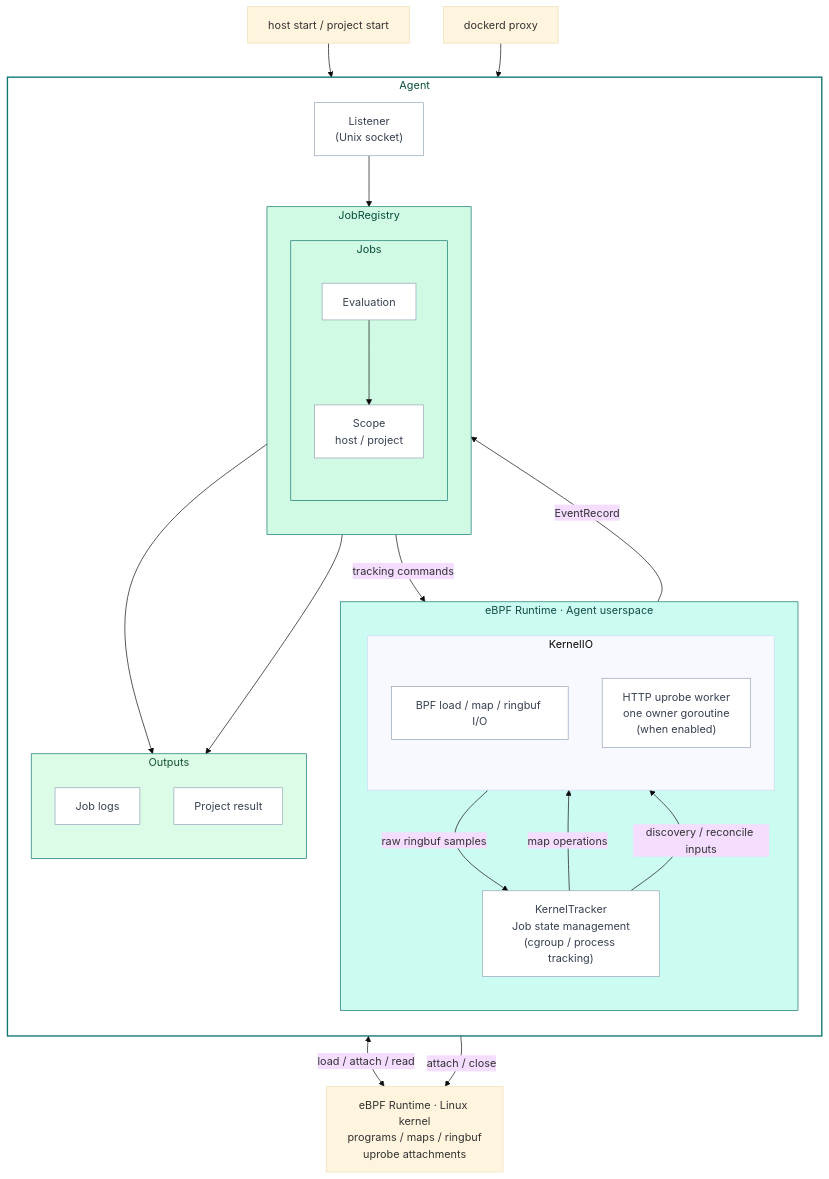
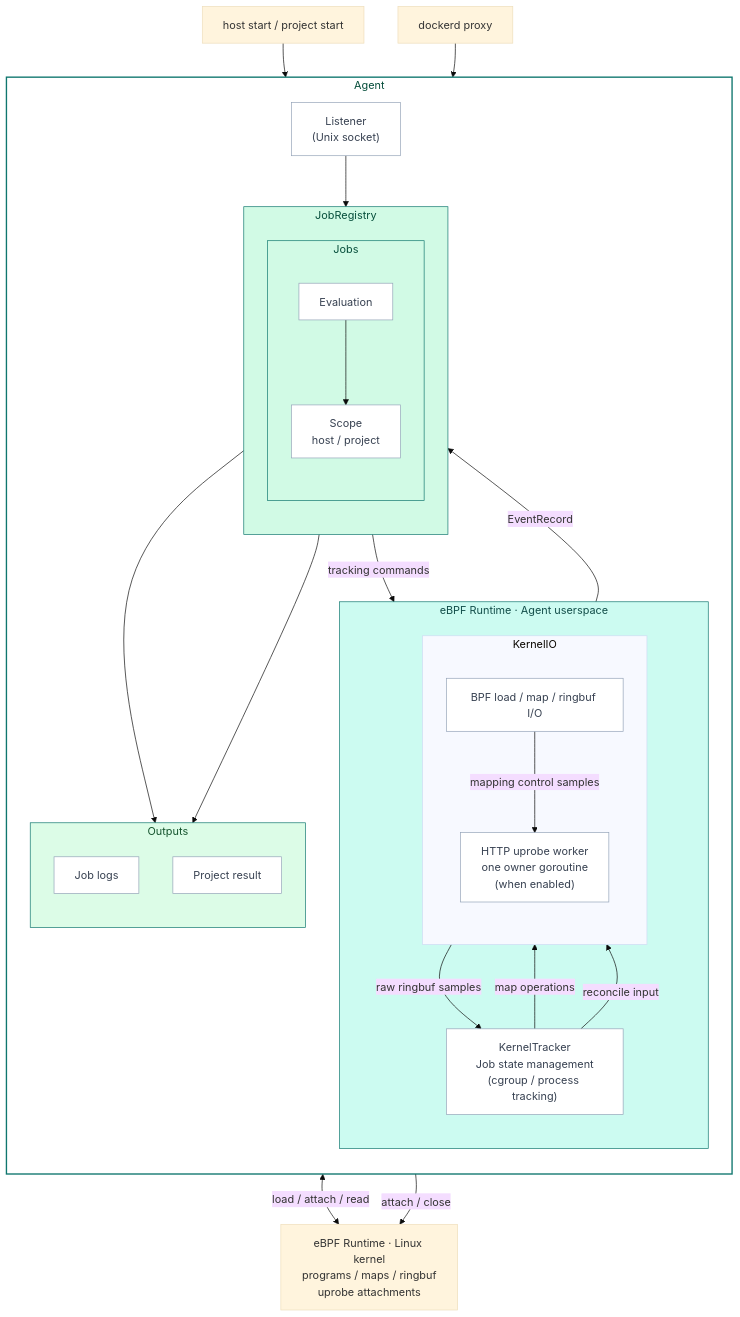
Before and after one commit to cicd-sensor/cicd-sensor: the diagram in docs/developer-guide/agent.md, drawn with Mermaid (base theme). The commit also changed 38 other files, not shown here.

````diff
--- a/docs/developer-guide/agent.md
+++ b/docs/developer-guide/agent.md
@@ -10,62 +10,63 @@
 ```mermaid
 flowchart TB
     START["host start / project start"]
     PROXY["dockerd proxy"]
 
     subgraph A["Agent"]
         direction TB
         L["Listener<br/>(Unix socket)"]
 
         subgraph JR["JobRegistry"]
             direction TB
             subgraph JOBS["Jobs"]
                 direction TB
                 EVAL["Evaluation"]
                 SCOPE["Scope<br/>host / project"]
             end
         end
 
         subgraph KR["eBPF Runtime · Agent userspace"]
             direction TB
             KT["KernelTracker<br/>Job state management<br/>(cgroup / process tracking)"]
             subgraph KIO["KernelIO"]
                 direction TB
                 BIO["BPF load / map / ringbuf I/O"]
                 UPROBE["HTTP uprobe worker<br/>one owner goroutine<br/>(when enabled)"]
             end
             KT -->|"map operations"| BIO
             BIO -->|"raw ringbuf samples"| KT
-            KT -->|"discovery / reconcile inputs"| UPROBE
+            BIO -->|"mapping control samples"| UPROBE
+            KT -->|"reconcile input"| UPROBE
         end
 
         subgraph OUT["Outputs"]
             direction TB
             LOGS["Job logs"]
             RESULT["Project result"]
         end
     end
 
     K["eBPF Runtime · Linux kernel<br/>programs / maps / ringbuf<br/>uprobe attachments"]
 
     START --> L
     PROXY --> L
     L --> JOBS
     KT -->|"EventRecord"| EVAL
     EVAL --> SCOPE
     JR -->|"tracking commands"| KT
     BIO <-->|"load / attach / read"| K
     UPROBE -->|"attach / close"| K
     SCOPE --> LOGS
     SCOPE --> RESULT
 
     classDef agentOuter fill:transparent,stroke:#0f766e,color:#064e3b,stroke-width:2px;
     classDef registry   fill:#d1fae5,stroke:#0f766e,color:#064e3b,stroke-width:1px;
     classDef kernel     fill:#ccfbf1,stroke:#0f766e,color:#134e4a,stroke-width:1px;
     classDef outputs    fill:#dcfce7,stroke:#0f766e,color:#14532d,stroke-width:1px;
     classDef leaf       fill:#ffffff,stroke:#94a3b8,color:#374151,stroke-width:1px;
     class A agentOuter
     class JR,JOBS registry
     class KR kernel
     class OUT outputs
     class L,EVAL,SCOPE,KT,BIO,UPROBE,LOGS,RESULT leaf
 ```
````
